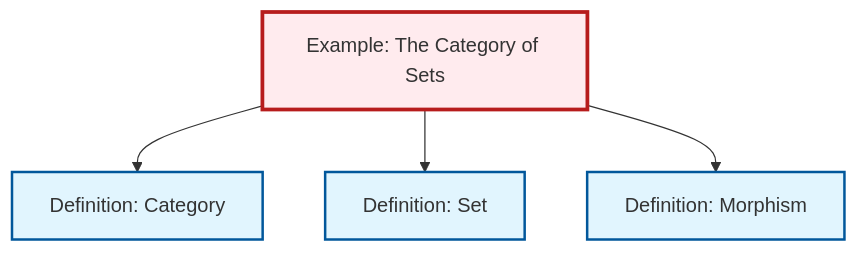
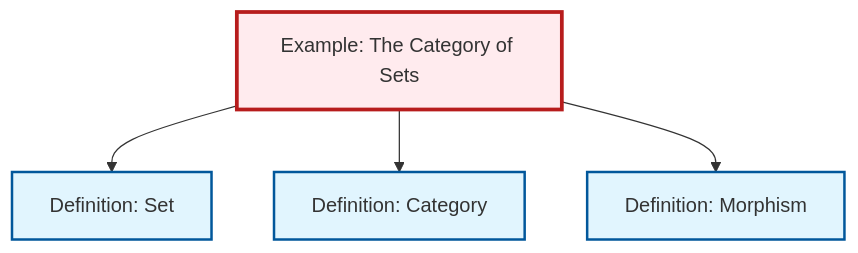
Before and after one commit to RK0429/ModernMath: the diagram in content/en/category-theory/ex-set-category.qmd, drawn with Mermaid. The commit also changed other lines of this file and 328 other files, not shown here.

````diff
--- a/content/en/category-theory/ex-set-category.qmd
+++ b/content/en/category-theory/ex-set-category.qmd
@@ -64,20 +65,20 @@
 ```{mermaid}
 %%| fig-cap: "Local dependency graph"
 graph TD
     classDef definition fill:#e1f5fe,stroke:#01579b,stroke-width:2px
     classDef theorem fill:#f3e5f5,stroke:#4a148c,stroke-width:2px
     classDef axiom fill:#fff3e0,stroke:#e65100,stroke-width:2px
     classDef example fill:#e8f5e9,stroke:#1b5e20,stroke-width:2px
     classDef current fill:#ffebee,stroke:#b71c1c,stroke-width:3px
+    def-set["Definition: Set"]:::definition
+    def-category["Definition: Category"]:::definition
     ex-set-category["Example: The Category of Sets"]:::example
     def-morphism["Definition: Morphism"]:::definition
-    def-set["Definition: Set"]:::definition
-    def-category["Definition: Category"]:::definition
+    ex-set-category --> def-set
     ex-set-category --> def-category
-    ex-set-category --> def-set
     ex-set-category --> def-morphism
     class ex-set-category current
-    click def-morphism "def-morphism.html" "Go to Morphism definition"
     click def-set "def-set.html" "Go to Set definition"
     click def-category "def-category.html" "Go to Category definition"
+    click def-morphism "def-morphism.html" "Go to Morphism definition"
 ```
````
